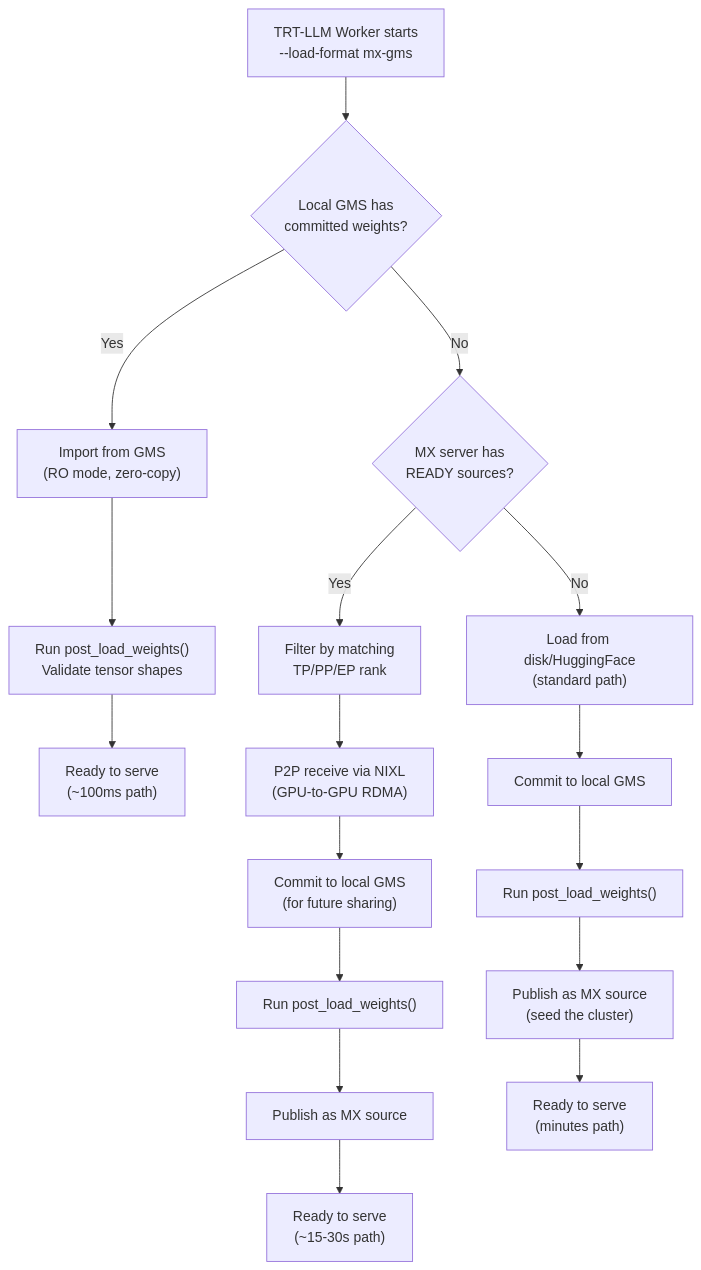
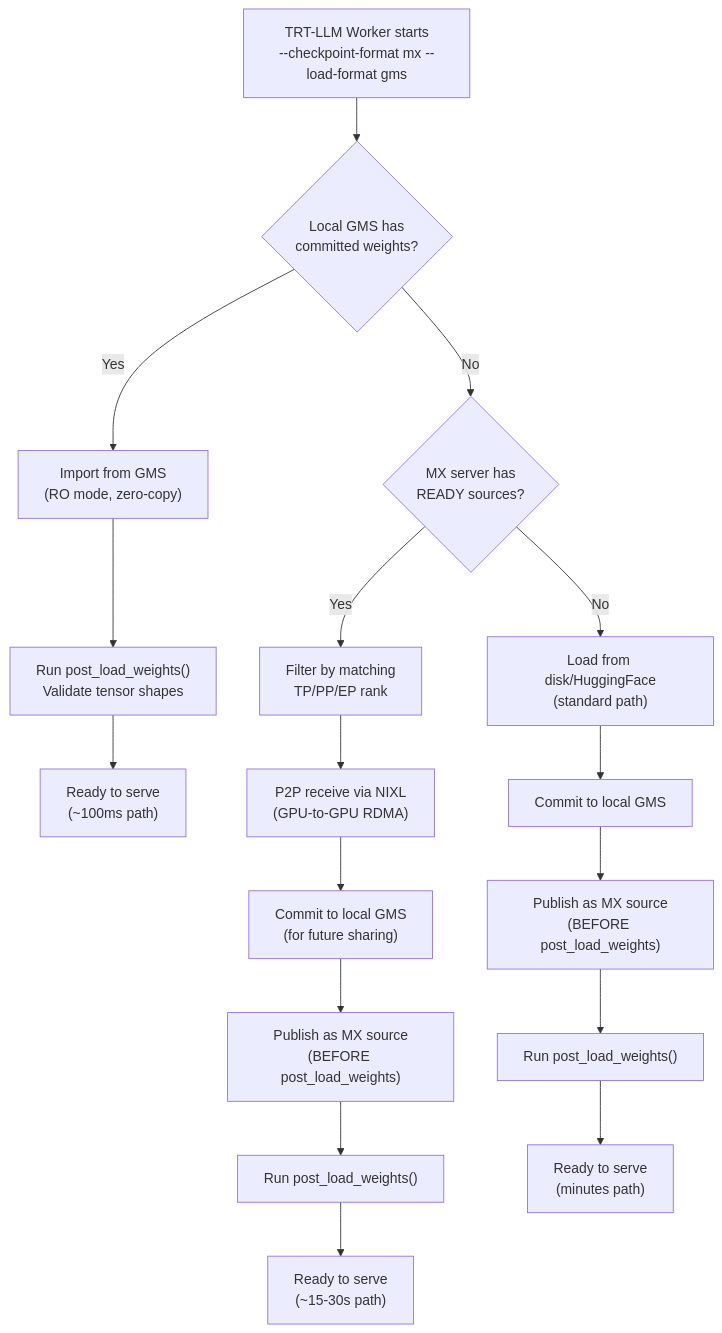
Before and after one commit to chienchunhung/TensorRT-LLM: the second of 4 diagrams in docs/design/mx-gms-integration/03-architecture.md, drawn with Mermaid. The commit also changed 6 other files, not shown here.

````diff
--- a/docs/design/mx-gms-integration/03-architecture.md
+++ b/docs/design/mx-gms-integration/03-architecture.md
@@ -54,23 +54,23 @@
 ```mermaid
 flowchart TD
-    Start["TRT-LLM Worker starts<br/>--load-format mx-gms"] --> CheckGMS{"Local GMS has<br/>committed weights?"}
+    Start["TRT-LLM Worker starts<br/>--checkpoint-format mx --load-format gms"] --> CheckGMS{"Local GMS has<br/>committed weights?"}
 
     CheckGMS -->|Yes| ImportGMS["Import from GMS<br/>(RO mode, zero-copy)"]
     ImportGMS --> PostLoad["Run post_load_weights()<br/>Validate tensor shapes"]
     PostLoad --> Ready["Ready to serve<br/>(~100ms path)"]
 
     CheckGMS -->|No| QueryMX{"MX server has<br/>READY sources?"}
 
     QueryMX -->|Yes| FilterRank["Filter by matching<br/>TP/PP/EP rank"]
     FilterRank --> P2PReceive["P2P receive via NIXL<br/>(GPU-to-GPU RDMA)"]
     P2PReceive --> CommitGMS["Commit to local GMS<br/>(for future sharing)"]
-    CommitGMS --> PostLoad2["Run post_load_weights()"]
-    PostLoad2 --> PublishMX["Publish as MX source"]
-    PublishMX --> Ready2["Ready to serve<br/>(~15-30s path)"]
+    CommitGMS --> PublishMX["Publish as MX source<br/>(BEFORE post_load_weights)"]
+    PublishMX --> PostLoad2["Run post_load_weights()"]
+    PostLoad2 --> Ready2["Ready to serve<br/>(~15-30s path)"]
 
     QueryMX -->|No| LoadDisk["Load from disk/HuggingFace<br/>(standard path)"]
     LoadDisk --> CommitGMS2["Commit to local GMS"]
-    CommitGMS2 --> PostLoad3["Run post_load_weights()"]
-    PostLoad3 --> PublishMX2["Publish as MX source<br/>(seed the cluster)"]
-    PublishMX2 --> Ready3["Ready to serve<br/>(minutes path)"]
+    CommitGMS2 --> PublishMX2["Publish as MX source<br/>(BEFORE post_load_weights)"]
+    PublishMX2 --> PostLoad3["Run post_load_weights()"]
+    PostLoad3 --> Ready3["Ready to serve<br/>(minutes path)"]
 ```
````
